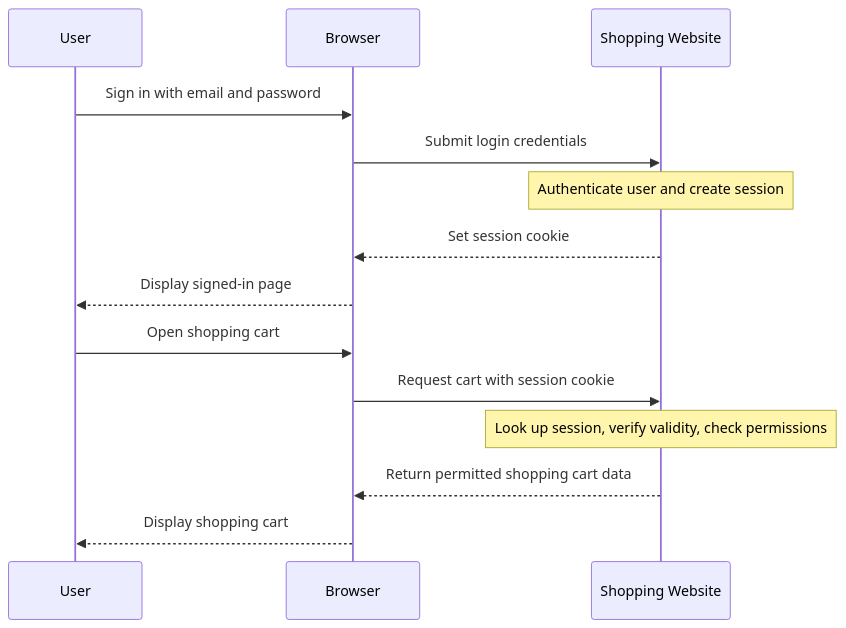
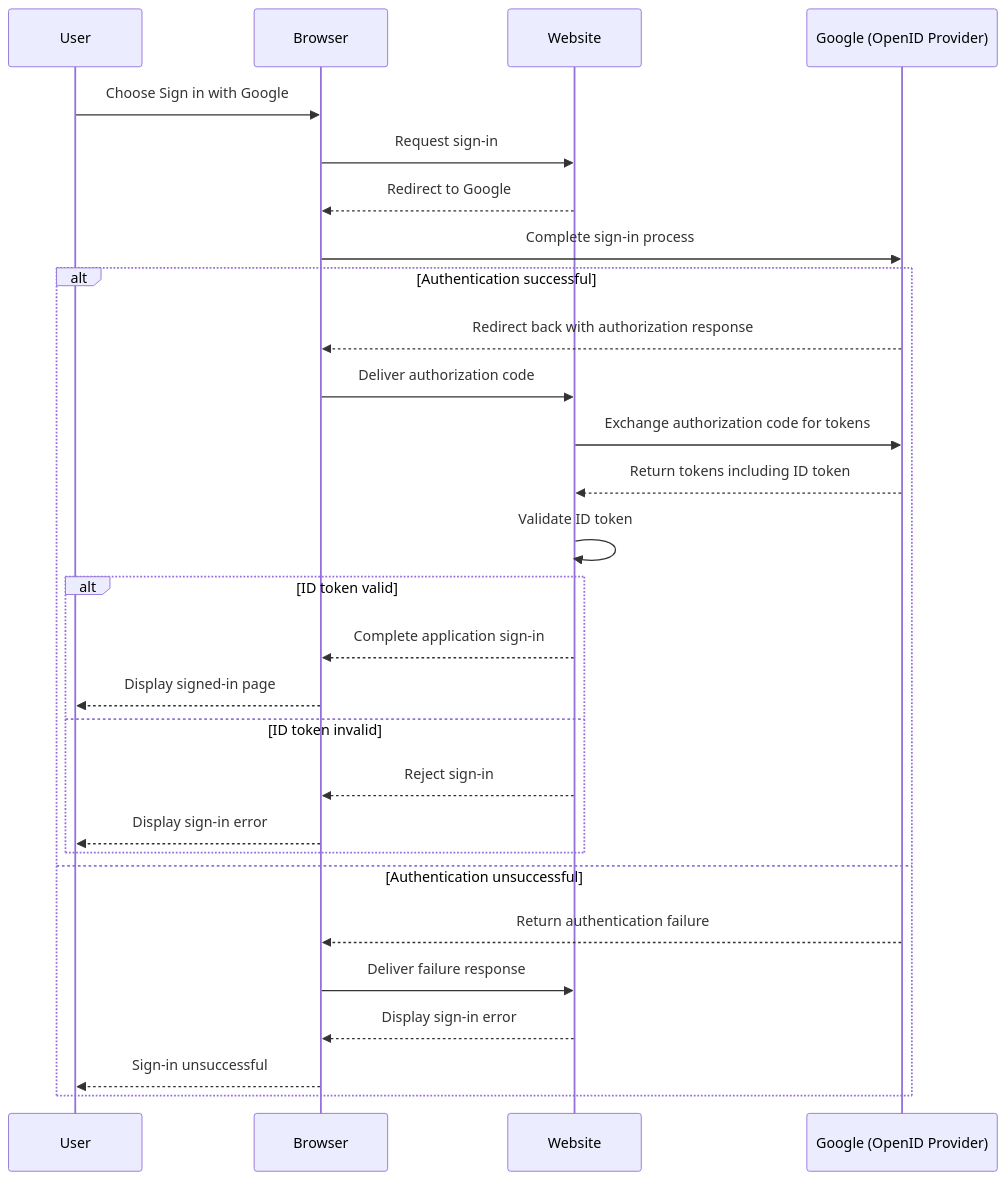
One commit to Rokiis1/Teaching-Materia changed the fourth of 4 diagrams in docs/en/software_engineering/software_security/security_tokens/token_types/1_level/1_level_token_types.md. Above: the diagram before and after it, drawn with Mermaid. The commit also changed other lines of this file and 15 other files, not shown here.

````diff
--- a/docs/en/software_engineering/software_security/security_tokens/token_types/1_level/1_level_token_types.md
+++ b/docs/en/software_engineering/software_security/security_tokens/token_types/1_level/1_level_token_types.md
@@ -96,18 +130,33 @@
 ```mermaid
 sequenceDiagram
     participant U as User
     participant B as Browser
-    participant S as Shopping Website
+    participant C as Website
+    participant P as Google (OpenID Provider)
 
-    U->>B: Sign in with email and password
-    B->>S: Submit login credentials
-    Note over S: Authenticate user and create session
-    S-->>B: Set session cookie
-    B-->>U: Display signed-in page
+    U->>B: Choose Sign in with Google
+    B->>C: Request sign-in
+    C-->>B: Redirect to Google
+    B->>P: Complete sign-in process
 
-    U->>B: Open shopping cart
-    B->>S: Request cart with session cookie
-    Note over S: Look up session, verify validity, check permissions
-    S-->>B: Return permitted shopping cart data
-    B-->>U: Display shopping cart
+    alt Authentication successful
+        P-->>B: Redirect back with authorization response
+        B->>C: Deliver authorization code
+        C->>P: Exchange authorization code for tokens
+        P-->>C: Return tokens including ID token
+        C->>C: Validate ID token
+
+        alt ID token valid
+            C-->>B: Complete application sign-in
+            B-->>U: Display signed-in page
+        else ID token invalid
+            C-->>B: Reject sign-in
+            B-->>U: Display sign-in error
+        end
+    else Authentication unsuccessful
+        P-->>B: Return authentication failure
+        B->>C: Deliver failure response
+        C-->>B: Display sign-in error
+        B-->>U: Sign-in unsuccessful
+    end
 ```
````
